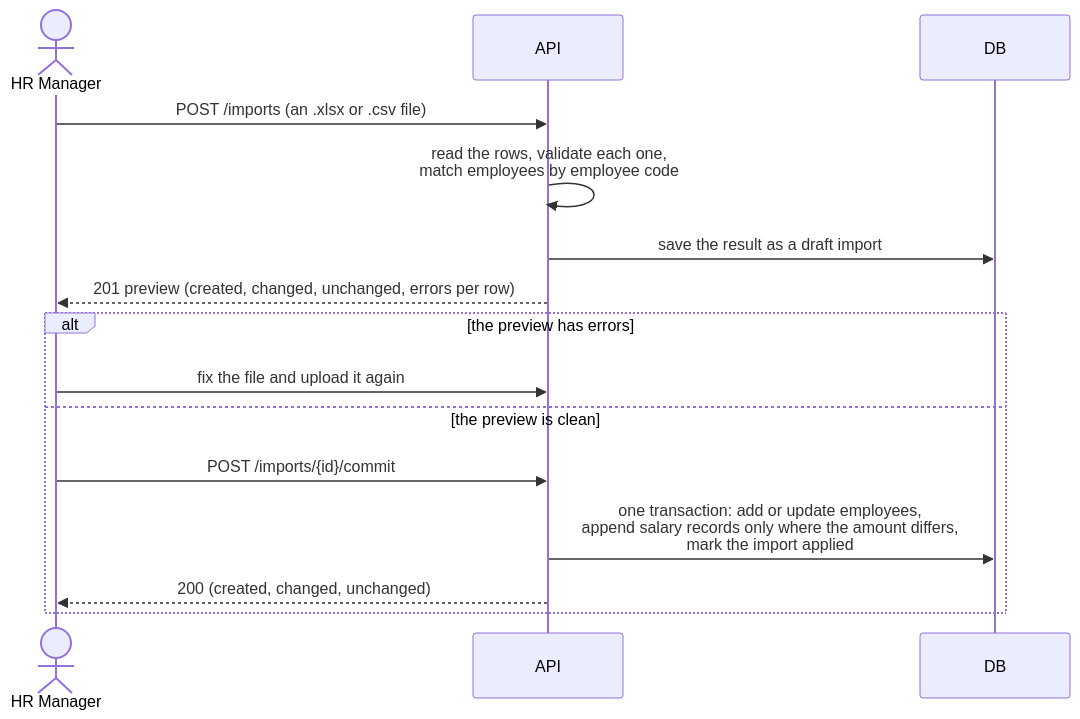
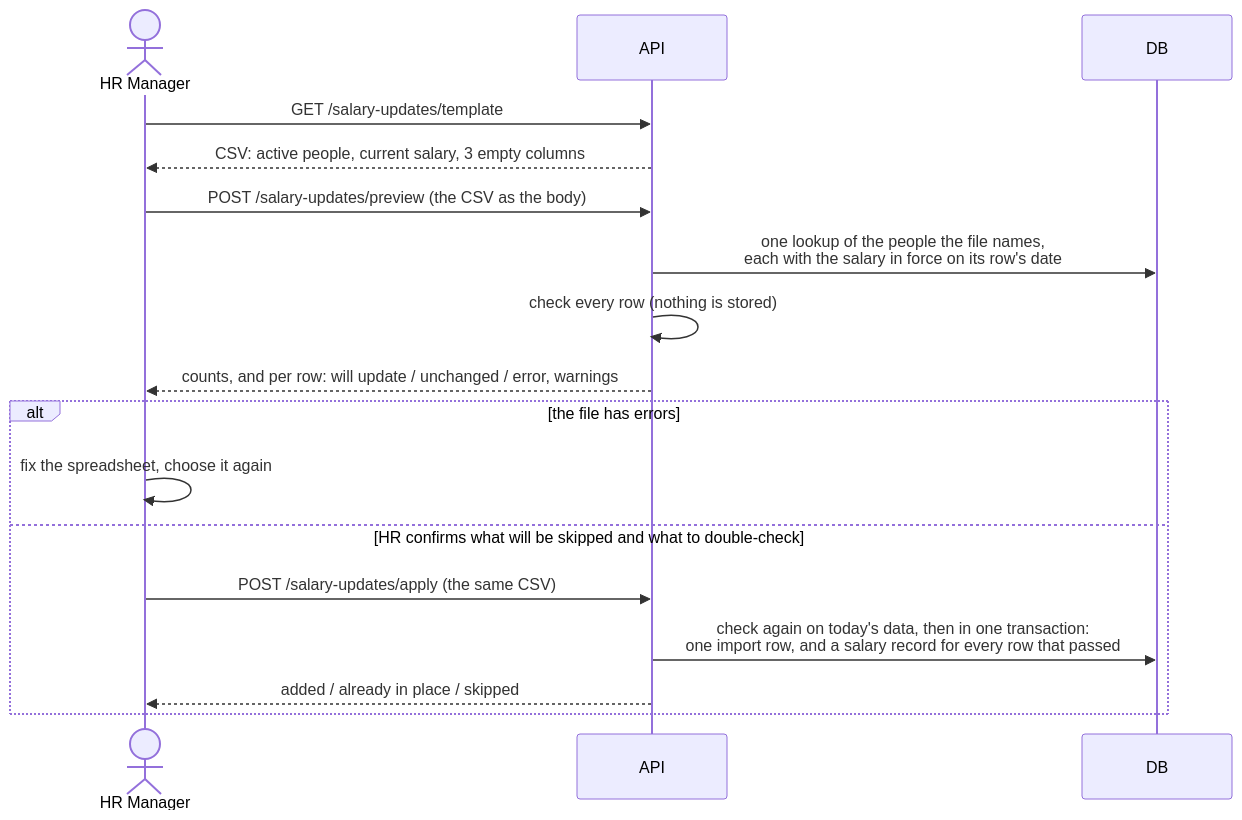
The third of 5 diagrams in docs/architecture.md (nishith7/acme-salary-management-app), drawn with Mermaid before and after one commit. The commit also changed other lines of this file and 4 other files, not shown here.

First line of the commit message:
docs: record applying a bulk salary update

````diff
--- a/docs/architecture.md
+++ b/docs/architecture.md
@@ -38,17 +38,19 @@
 ```mermaid
 sequenceDiagram
   actor HR as HR Manager
   participant API
   participant DB
-  HR->>API: POST /imports (an .xlsx or .csv file)
-  API->>API: read the rows, validate each one,<br/>match employees by employee code
-  API->>DB: save the result as a draft import
-  API-->>HR: 201 preview (created, changed, unchanged, errors per row)
-  alt the preview has errors
-    HR->>API: fix the file and upload it again
-  else the preview is clean
-    HR->>API: POST /imports/{id}/commit
-    API->>DB: one transaction: add or update employees,<br/>append salary records only where the amount differs,<br/>mark the import applied
-    API-->>HR: 200 (created, changed, unchanged)
+  HR->>API: GET /salary-updates/template
+  API-->>HR: CSV: active people, current salary, 3 empty columns
+  HR->>API: POST /salary-updates/preview (the CSV as the body)
+  API->>DB: one lookup of the people the file names,<br/>each with the salary in force on its row's date
+  API->>API: check every row (nothing is stored)
+  API-->>HR: counts, and per row: will update / unchanged / error, warnings
+  alt the file has errors
+    HR->>HR: fix the spreadsheet, choose it again
+  else HR confirms what will be skipped and what to double-check
+    HR->>API: POST /salary-updates/apply (the same CSV)
+    API->>DB: check again on today's data, then in one transaction:<br/>one import row, and a salary record for every row that passed
+    API-->>HR: added / already in place / skipped
   end
 ```
````
